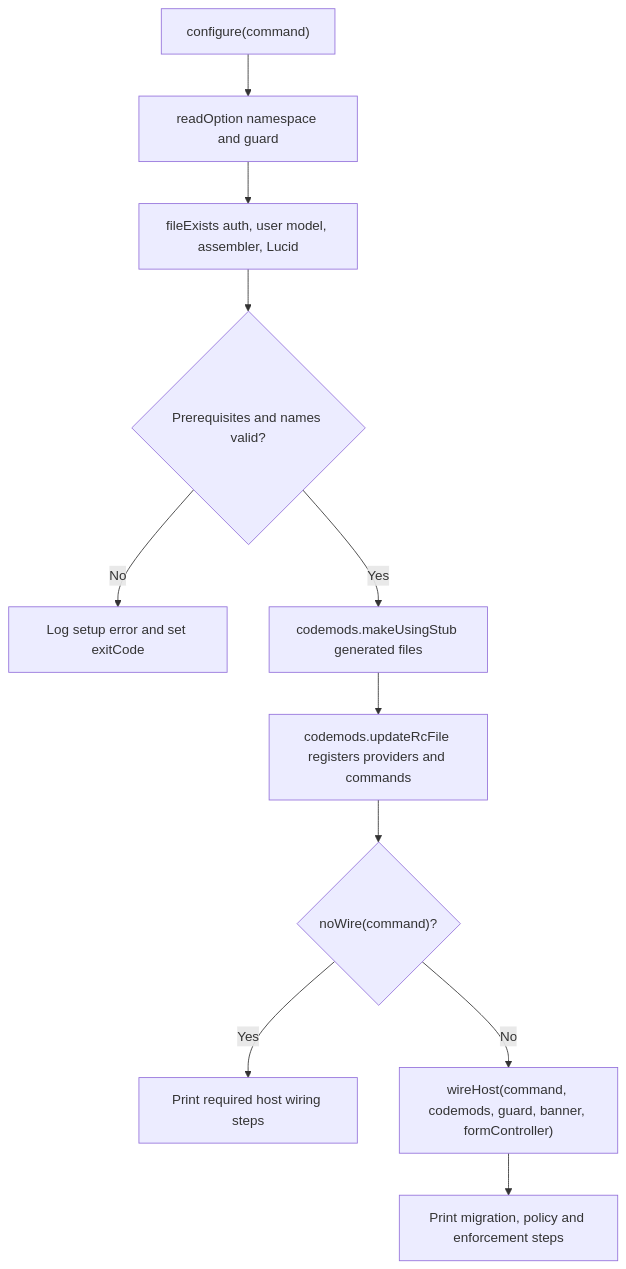
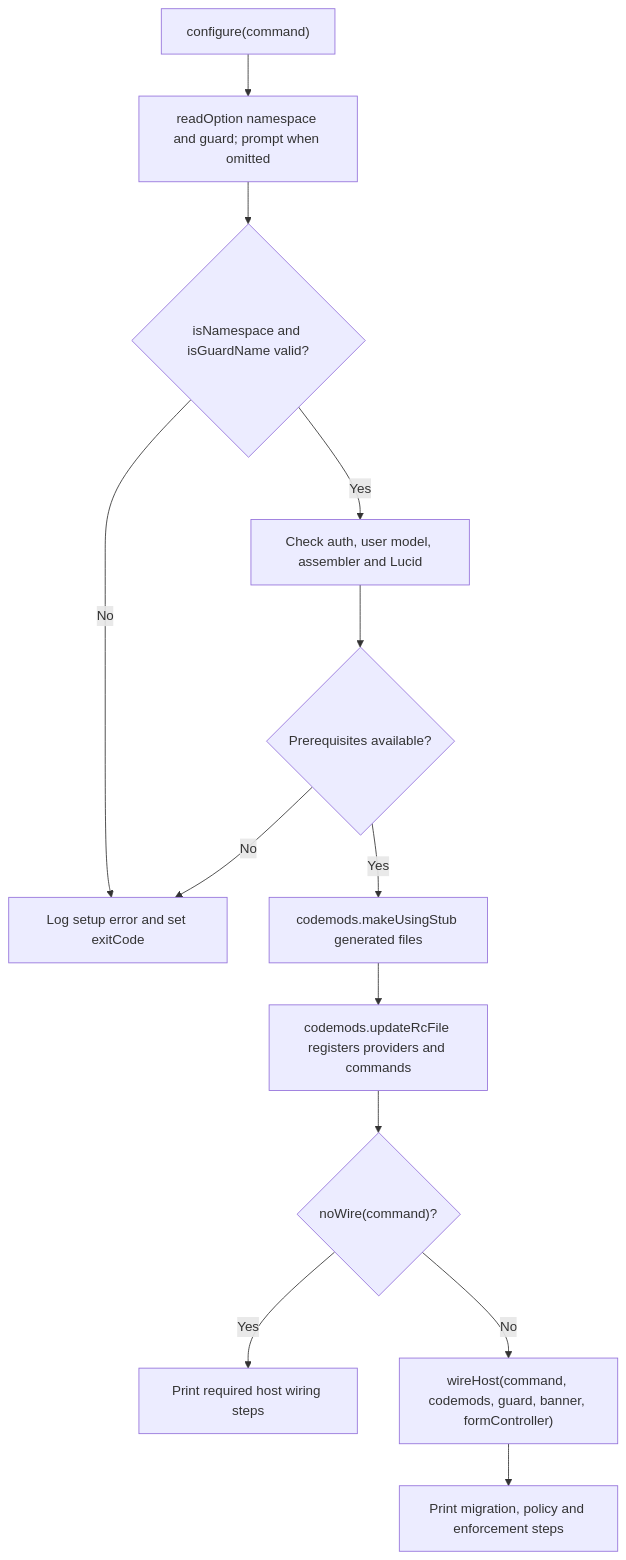
One commit to Kevinjohn/oss-adonisjs-masquerade changed the second of 2 diagrams in user-stories/configure-masquerade/us-setup-01-configure-masquerade.md. Above: the diagram before and after it, drawn with Mermaid. The commit also changed other lines of this file, not shown here.

````diff
--- a/user-stories/configure-masquerade/us-setup-01-configure-masquerade.md
+++ b/user-stories/configure-masquerade/us-setup-01-configure-masquerade.md
@@ -38,13 +46,15 @@
 ```mermaid
 flowchart TD
-    A["configure(command)"] --> B["readOption namespace and guard"]
-    B --> C["fileExists auth, user model, assembler, Lucid"]
-    C --> D{"Prerequisites and names valid?"}
-    D -->|No| E["Log setup error and set exitCode"]
+    A["configure(command)"] --> B["readOption namespace and guard; prompt when omitted"]
+    B --> N{"isNamespace and isGuardName valid?"}
+    N -->|No| E["Log setup error and set exitCode"]
+    N -->|Yes| C["Check auth, user model, assembler and Lucid"]
+    C --> D{"Prerequisites available?"}
+    D -->|No| E
     D -->|Yes| F["codemods.makeUsingStub generated files"]
     F --> G["codemods.updateRcFile registers providers and commands"]
     G --> H{"noWire(command)?"}
     H -->|Yes| I["Print required host wiring steps"]
     H -->|No| J["wireHost(command, codemods, guard, banner, formController)"]
     J --> K["Print migration, policy and enforcement steps"]
 ```
````
